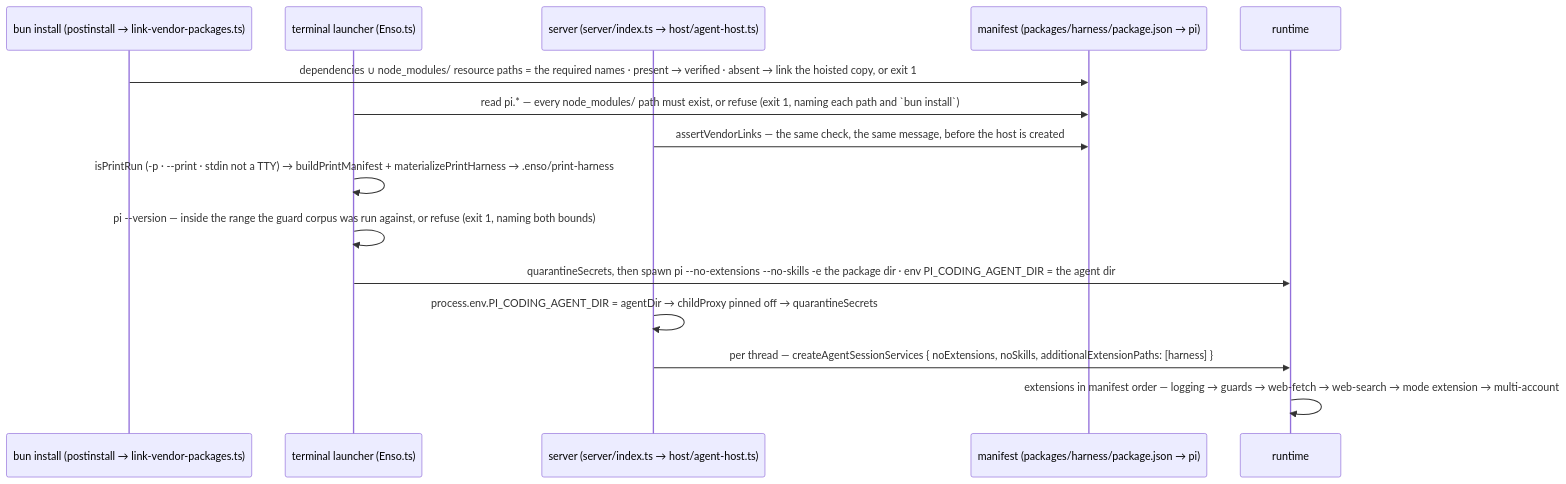
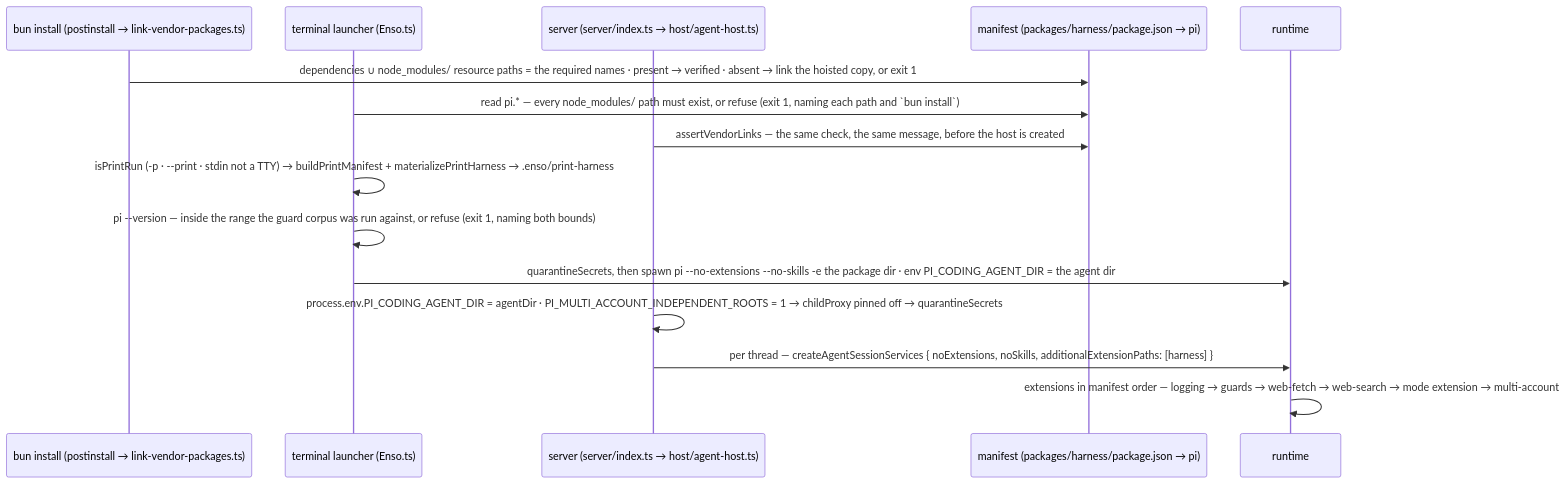
One commit to dopamine911/enso-harness changed the diagram in docs/flows/boot-and-launchers.md. Above: the diagram before and after it, drawn with Mermaid. The commit also changed 9 other files, not shown here.

First line of the commit message:
fix(web): every thread a multi-account root via PI_MULTI_ACCOUNT_INDEPENDENT_ROOTS (pi-multi-account 1.23.2)

````diff
--- a/docs/flows/boot-and-launchers.md
+++ b/docs/flows/boot-and-launchers.md
@@ -11,18 +11,18 @@
 ```mermaid
 sequenceDiagram
   participant I as bun install (postinstall → link-vendor-packages.ts)
   participant Z as terminal launcher (Enso.ts)
   participant S as server (server/index.ts → host/agent-host.ts)
   participant M as manifest (packages/harness/package.json → pi)
   participant R as runtime
 
   I->>M: dependencies ∪ node_modules/ resource paths = the required names · present → verified · absent → link the hoisted copy, or exit 1
   Z->>M: read pi.* — every node_modules/ path must exist, or refuse (exit 1, naming each path and `bun install`)
   S->>M: assertVendorLinks — the same check, the same message, before the host is created
   Z->>Z: isPrintRun (-p · --print · stdin not a TTY) → buildPrintManifest + materializePrintHarness → .enso/print-harness
   Z->>Z: pi --version — inside the range the guard corpus was run against, or refuse (exit 1, naming both bounds)
   Z->>R: quarantineSecrets, then spawn pi --no-extensions --no-skills -e the package dir · env PI_CODING_AGENT_DIR = the agent dir
-  S->>S: process.env.PI_CODING_AGENT_DIR = agentDir → childProxy pinned off → quarantineSecrets
+  S->>S: process.env.PI_CODING_AGENT_DIR = agentDir · PI_MULTI_ACCOUNT_INDEPENDENT_ROOTS = 1 → childProxy pinned off → quarantineSecrets
   S->>R: per thread — createAgentSessionServices { noExtensions, noSkills, additionalExtensionPaths: [harness] }
   R->>R: extensions in manifest order — logging → guards → web-fetch → web-search → mode extension → multi-account
 ```
````
